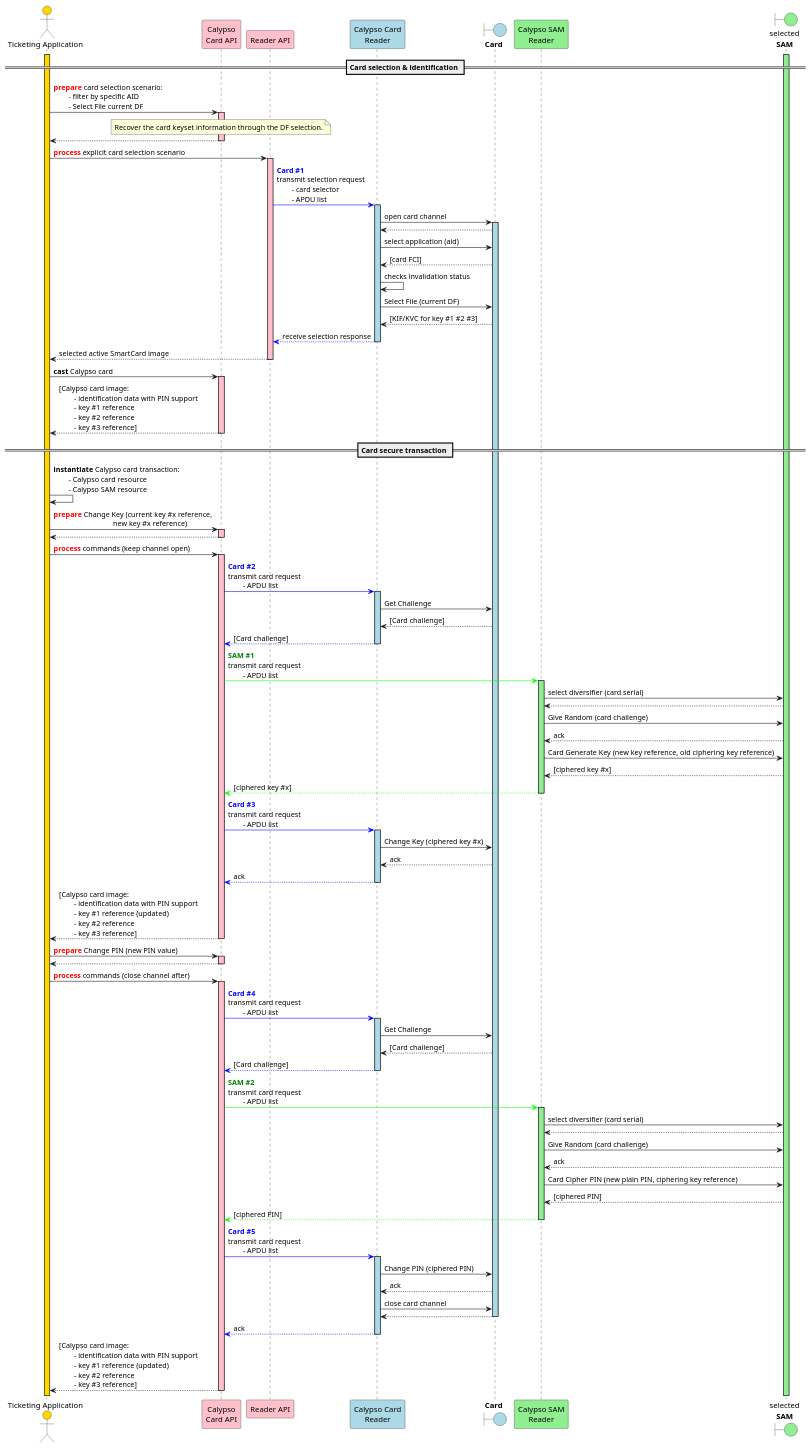
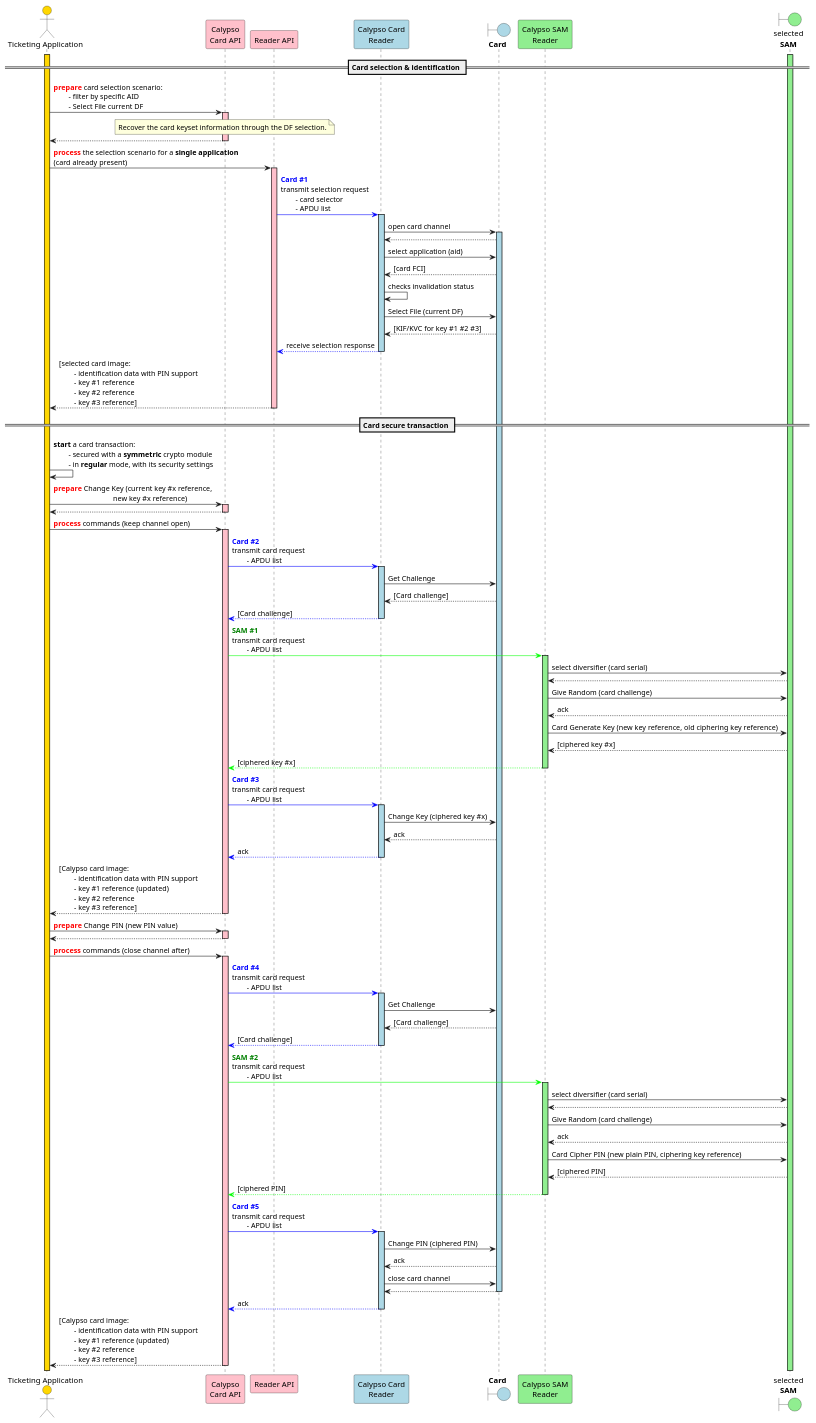
Before and after one commit to calypsonet/calypsonet-terminal-api-website: the diagram in static/media/specifications/calypso_transaction_Change_Key_Ciphered_PIN_sequence_diagram.puml, drawn with PlantUML. The commit also changed 19 other files, not shown here.

Commit message:
fix: update transaction descriptions in UML diagrams for clarity and consistency

```diff
--- a/static/media/specifications/calypso_transaction_Change_Key_Ciphered_PIN_sequence_diagram.puml
+++ b/static/media/specifications/calypso_transaction_Change_Key_Ciphered_PIN_sequence_diagram.puml
@@ -1,195 +1,189 @@
 @startuml
 
 'skinparam ClassBorderColor #F1C40F
 skinparam ClassBorderColor #D4AC0D
 skinparam stereotypeABorderColor #A9DCDF
 skinparam stereotypeIBorderColor #B4A7E5
 skinparam stereotypeCBorderColor #ADD1B2
 skinparam stereotypeEBorderColor #EB93DF
 skinparam shadowing false
 
 skinparam StateBorderColor #D4AC0D
 skinparam ActivityBorderColor #D4AC0D
 
 ' Red
 skinparam ClassBackgroundColor<<red>> #FDEDEC
 skinparam ClassBorderColor<<red>> #E74C3C
 hide <<red>> stereotype
 ' Purple
 skinparam ClassBackgroundColor<<purple>> #F4ECF7
 skinparam ClassBorderColor<<purple>> #8E44AD
 hide <<purple>> stereotype
 ' blue
 skinparam ClassBackgroundColor<<blue>> #EBF5FB
 skinparam ClassBorderColor<<blue>> #3498DB
 hide <<blue>> stereotype
 ' Green
 skinparam ClassBackgroundColor<<green>> #EAFAF1
 skinparam ClassBorderColor<<green>> #2ECC71
 hide <<green>> stereotype
 
 ' Orange
 skinparam ClassBackgroundColor<<orange>> #FDF2E9
 skinparam ClassBorderColor<<orange>> #E67E22
 hide <<orange>> stereotype
 
 ' Grey
 skinparam ClassBackgroundColor<<grey>> #EAECEE
 skinparam ClassBorderColor<<grey>> #2C3E50
 hide <<grey>> stereotype
 
 actor "Ticketing Application" as app #gold
 participant "Calypso\nCard API" as capi #pink
 participant "Reader API" as rapi #pink
 participant "Calypso Card\nReader" as cardReader #lightBlue
 boundary "**Card**" as card #lightBlue
 participant "Calypso SAM\nReader" as samReader #lightGreen
 boundary "selected\n**SAM**" as sam #lightGreen
 
 activate app #gold
 activate sam #lightGreen
 
 == Card selection & identification ==
 
 app->capi: <font color=red>**prepare**</font> card selection scenario:\n\t- filter by specific AID\n\t- Select File current DF
 activate capi  #pink
 note over capi
     Recover the card keyset information through the DF selection.
 end note
 
 capi-->app
 deactivate capi
 
-app->rapi: <font color=red>**process**</font> explicit card selection scenario
+app->rapi: <font color=red>**process**</font> the selection scenario for a **single application**\n(card already present)
 activate rapi  #pink
 rapi-[#0000FF]>cardReader: <font color=blue>**Card #1**</font>\ntransmit selection request\n\t- card selector\n\t- APDU list
 activate cardReader #lightBlue
 
 cardReader->card: open card channel
 activate card #lightBlue
 card-->cardReader
 cardReader->card: select application (aid)
 card-->cardReader: [card FCI]
 cardReader->cardReader: checks invalidation status
 
 'group Card APDU commands outside secure session
     cardReader->card: Select File (current DF)
     card-->cardReader: [KIF/KVC for key #1 #2 #3]
 'end
 
 cardReader--[#0000FF]>rapi: receive selection response
 deactivate cardReader
 
-rapi-->app: selected active SmartCard image
+rapi-->app: [selected card image:\n\t- identification data with PIN support\n\t- key #1 reference\n\t- key #2 reference\n\t- key #3 reference]
 deactivate rapi
-
-app->capi: **cast** Calypso card
-activate capi  #pink
-capi-->app: [Calypso card image:\n\t- identification data with PIN support\n\t- key #1 reference\n\t- key #2 reference\n\t- key #3 reference]
-
-deactivate capi
 
 == Card secure transaction ==
 
-app->app: **instantiate** Calypso card transaction:\n\t- Calypso card resource\n\t- Calypso SAM resource
+app->app: **start** a card transaction:\n\t- secured with a **symmetric** crypto module\n\t- in **regular** mode, with its security settings
 
 
 app->capi: <font color=red>**prepare**</font> Change Key (current key #x reference,\n\t\t\t\tnew key #x reference)
 activate capi  #pink
 capi-->app
 deactivate capi
 
 app->capi: <font color=red>**process**</font> commands (keep channel open)
 activate capi  #pink
 
 capi-[#0000FF]>cardReader: <font color=blue>**Card #2**</font>\ntransmit card request\n\t- APDU list
 activate cardReader #lightBlue
 
 'group Card APDU commands inside session
     cardReader->card: Get Challenge
     card-->cardReader: [Card challenge]
 'end
 
 cardReader--[#0000FF]>capi: [Card challenge]
 deactivate cardReader
 
 capi-[#00FF00]>samReader: <font color=green>**SAM #1**</font>\ntransmit card request\n\t- APDU list
 activate samReader #lightGreen
 
 samReader->sam: select diversifier (card serial)
 sam-->samReader
 samReader->sam: Give Random (card challenge)
 sam-->samReader: ack
 samReader->sam: Card Generate Key (new key reference, old ciphering key reference)
 sam-->samReader: [ciphered key #x]
 
 samReader-[#00FF00]->capi: [ciphered key #x]
 deactivate samReader
 
 capi-[#0000FF]>cardReader: <font color=blue>**Card #3**</font>\ntransmit card request\n\t- APDU list
 activate cardReader #lightBlue
 
 'group Card APDU commands inside session
     cardReader->card: Change Key (ciphered key #x)
     card-->cardReader: ack
 'end
 
 
 cardReader-[#0000FF]->capi: ack
 deactivate cardReader
 
 capi-->app: [Calypso card image:\n\t- identification data with PIN support\n\t- key #1 reference (updated)\n\t- key #2 reference\n\t- key #3 reference]
 deactivate capi
 
 app->capi: <font color=red>**prepare**</font> Change PIN (new PIN value)
 activate capi  #pink
 capi-->app
 deactivate capi
 
 app->capi: <font color=red>**process**</font> commands (close channel after)
 activate capi  #pink
 
 capi-[#0000FF]>cardReader: <font color=blue>**Card #4**</font>\ntransmit card request\n\t- APDU list
 activate cardReader #lightBlue
 
 'group Card APDU commands inside session
     cardReader->card: Get Challenge
     card-->cardReader: [Card challenge]
 'end
 
 cardReader--[#0000FF]>capi: [Card challenge]
 deactivate cardReader
 
 capi-[#00FF00]>samReader: <font color=green>**SAM #2**</font>\ntransmit card request\n\t- APDU list
 activate samReader #lightGreen
 
 samReader->sam: select diversifier (card serial)
 sam-->samReader
 samReader->sam: Give Random (card challenge)
 sam-->samReader: ack
 samReader->sam: Card Cipher PIN (new plain PIN, ciphering key reference)
 sam-->samReader: [ciphered PIN]
 
 samReader-[#00FF00]->capi: [ciphered PIN]
 deactivate samReader
 
 capi-[#0000FF]>cardReader: <font color=blue>**Card #5**</font>\ntransmit card request\n\t- APDU list
 activate cardReader #lightBlue
 
 'group Card APDU commands inside session
     cardReader->card: Change PIN (ciphered PIN)
     card-->cardReader: ack
 'end
 
 cardReader->card: close card channel
 card-->cardReader
 deactivate card
 
 cardReader-[#0000FF]->capi: ack
 deactivate cardReader
 
 capi-->app: [Calypso card image:\n\t- identification data with PIN support\n\t- key #1 reference (updated)\n\t- key #2 reference\n\t- key #3 reference]
 deactivate capi
 
 deactivate capi
 @enduml
```
